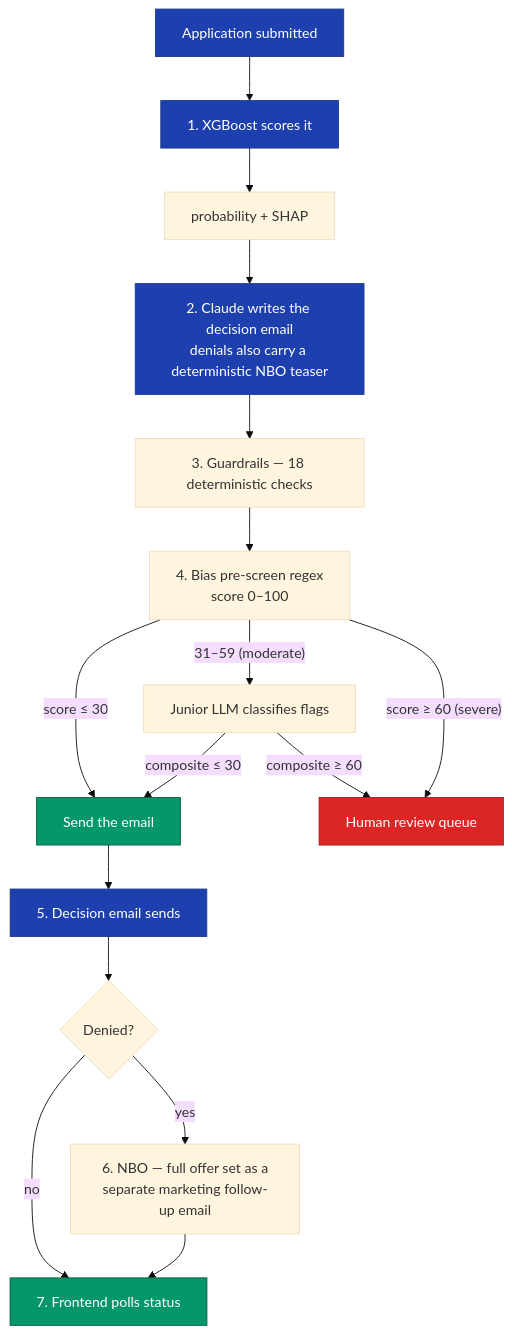
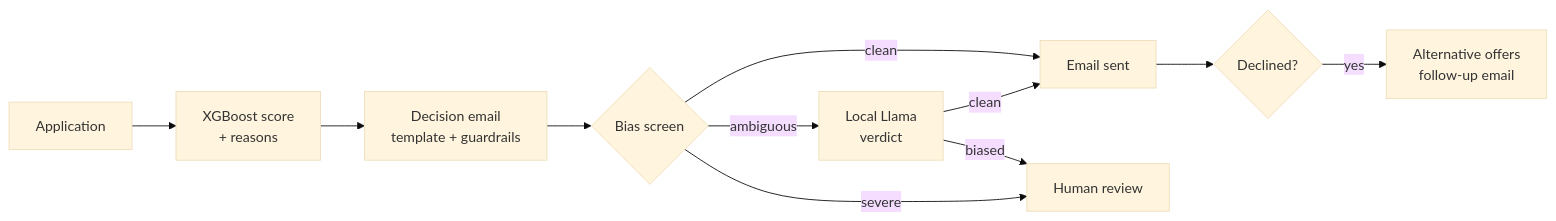
Before and after one commit to zeroyuekun/loan-approval-ai-system: the diagram in README.md, drawn with Mermaid (base theme). The commit also changed other lines of this file, not shown here.

First line of the commit message:
docs(readme): shorter README, local Llama setup, how it was built

````diff
--- a/README.md
+++ b/README.md
@@ -43,25 +37,13 @@
 ```mermaid
-flowchart TD
-    A[Application submitted] --> B[1. XGBoost scores it]
-    B --> B1[probability + SHAP]
-    B1 --> C[2. Claude writes the decision email<br/>denials also carry a deterministic NBO teaser]
-    C --> D[3. Guardrails — 18 deterministic checks]
-    D --> E[4. Bias pre-screen regex<br/>score 0–100]
-    E -- "score ≤ 30" --> F[Send the email]
-    E -- "31–59 (moderate)" --> G[Junior LLM classifies flags]
-    G -- "composite ≤ 30" --> F
-    G -- "composite ≥ 60" --> H[Human review queue]
-    E -- "score ≥ 60 (severe)" --> H
-    F --> I[5. Decision email sends]
-    I --> J{Denied?}
-    J -- yes --> K[6. NBO — full offer set as a<br/>separate marketing follow-up email]
-    J -- no --> L[7. Frontend polls status]
-    K --> L
-
-    classDef primary fill:#1e40af,color:#fff,stroke:#1e3a8a
-    classDef review fill:#dc2626,color:#fff,stroke:#991b1b
-    classDef ok fill:#059669,color:#fff,stroke:#065f46
-    class A,B,C,I primary
-    class H review
-    class F,L ok
+flowchart LR
+    A[Application] --> B[XGBoost score<br/>+ reasons]
+    B --> C[Decision email<br/>template + guardrails]
+    C --> D{Bias screen}
+    D -- clean --> E[Email sent]
+    D -- ambiguous --> F[Local Llama<br/>verdict]
+    F -- clean --> E
+    F -- biased --> G[Human review]
+    D -- severe --> G
+    E --> H{Declined?}
+    H -- yes --> I[Alternative offers<br/>follow-up email]
 ```
````
